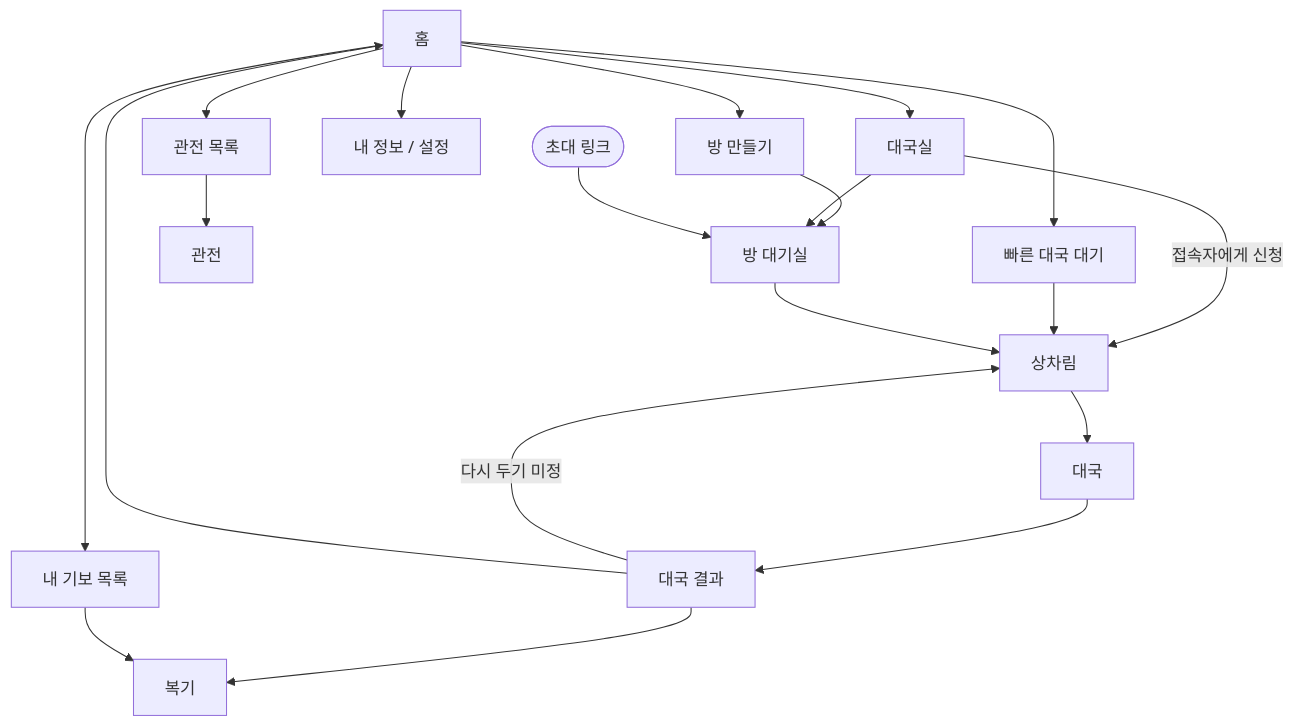
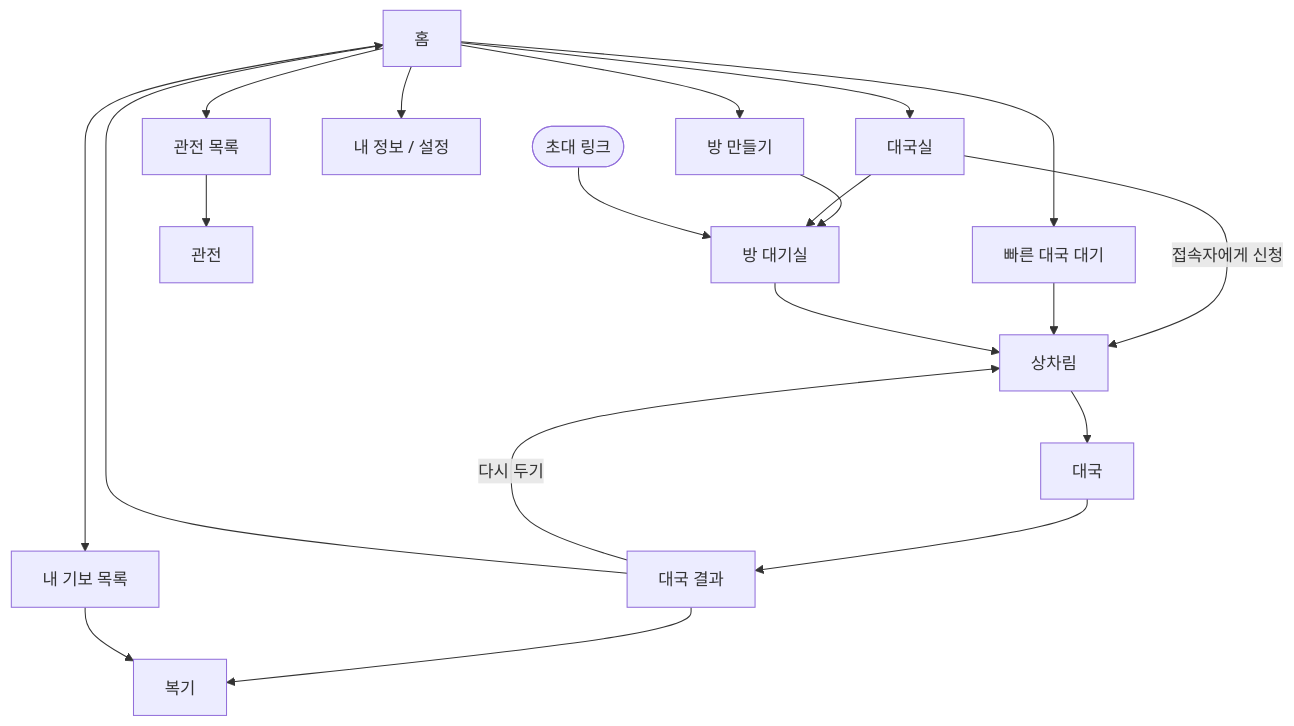
The diagram in docs/screens.md (korkis/janggi-go), drawn with Mermaid before and after one commit. The commit also changed other lines of this file and 4 other files, not shown here.

````diff
--- a/docs/screens.md
+++ b/docs/screens.md
@@ -44,26 +44,26 @@
 ```mermaid
 flowchart TD
     Home[홈]
     Home --> Quick[빠른 대국 대기]
     Home --> Create[방 만들기]
     Home --> Lobby[대국실]
     Home --> Watch[관전 목록]
     Home --> Records[내 기보 목록]
     Home --> Me[내 정보 / 설정]
 
     Create --> Room[방 대기실]
     Lobby --> Room
     Link([초대 링크]) --> Room
     Lobby -->|접속자에게 신청| Setup
 
     Quick --> Setup[상차림]
     Room --> Setup
     Setup --> Game[대국]
     Game --> Result[대국 결과]
     Result --> Review[복기]
-    Result -->|다시 두기 미정| Setup
+    Result -->|다시 두기| Setup
     Result --> Home
 
     Watch --> Spectate[관전]
     Records --> Review
 ```
````
